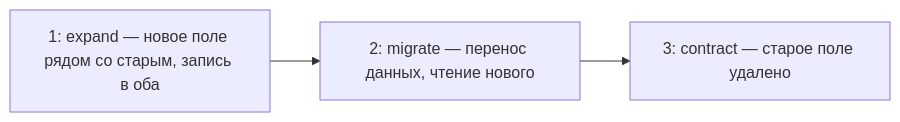
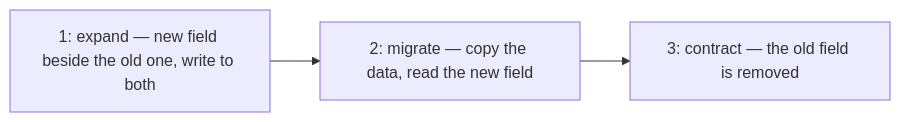
One commit to pavel-skripko-innowise/inno-fe-be-a1 changed the first of 3 diagrams in courses-content/backend/B/1/en/0.7 Контракты и тестирование.md. Above: the diagram before and after it, drawn with Mermaid. The commit also changed other lines of this file and 35 other files, not shown here.

````diff
--- a/courses-content/backend/B/1/en/0.7 Контракты и тестирование.md
+++ b/courses-content/backend/B/1/en/0.7 Контракты и тестирование.md
@@ -83,5 +83,5 @@
 ```mermaid
 flowchart LR
-  Expand["1: expand — новое поле рядом со старым, запись в оба"] --> Migrate["2: migrate — перенос данных, чтение нового"]
-  Migrate --> Contract["3: contract — старое поле удалено"]
+  Expand["1: expand — new field beside the old one, write to both"] --> Migrate["2: migrate — copy the data, read the new field"]
+  Migrate --> Contract["3: contract — the old field is removed"]
 ```
````
